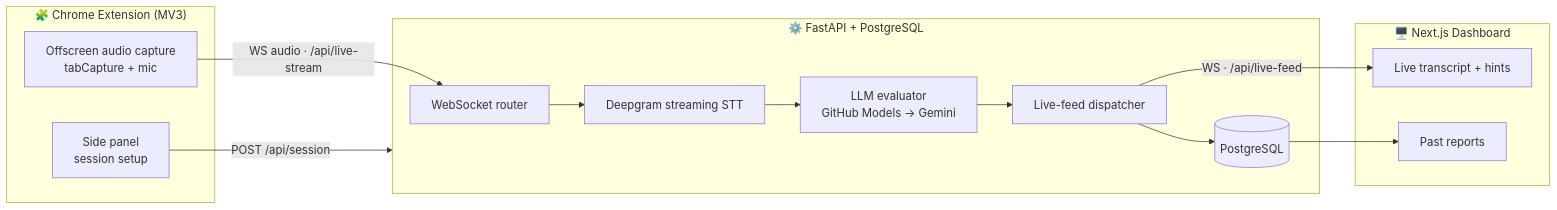
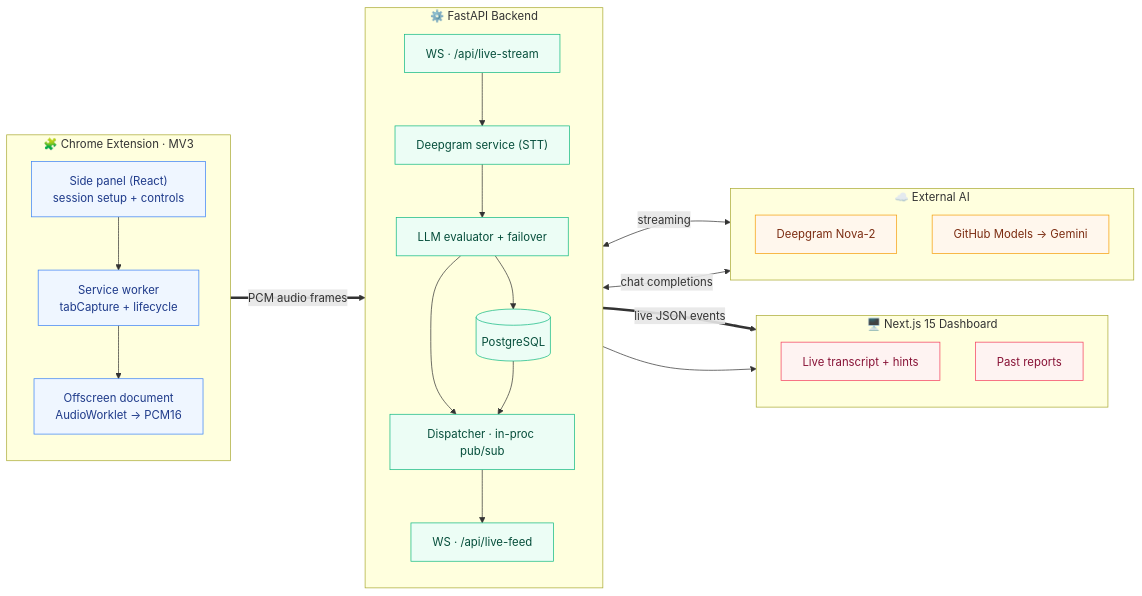
The first of 7 diagrams in README.md (robynsyngh/ai-interview-copilot), drawn with Mermaid before and after one commit. The commit also changed other lines of this file and 30 other files, not shown here.

First line of the commit message:
feat: revamp web UI, extension panel, and dev tooling

````diff
--- a/README.md
+++ b/README.md
@@ -103,24 +114,50 @@
 ```mermaid
 flowchart LR
-    subgraph Chrome["🧩 Chrome Extension (MV3)"]
-        P2["Side panel<br/>session setup"]
-        P1["Offscreen audio capture<br/>tabCapture + mic"]
-    end
-    subgraph API["⚙️ FastAPI + PostgreSQL"]
-        P3["WebSocket router"]
-        P4["Deepgram streaming STT"]
-        P5["LLM evaluator<br/>GitHub Models → Gemini"]
-        P6["Live-feed dispatcher"]
-        DB[("PostgreSQL")]
-    end
-    subgraph Web["🖥️ Next.js Dashboard"]
-        P8["Live transcript + hints"]
-        P7["Past reports"]
+    subgraph EXT["🧩 Chrome Extension · MV3"]
+        direction TB
+        sp["Side panel (React)<br/>session setup + controls"]
+        bg["Service worker<br/>tabCapture + lifecycle"]
+        off["Offscreen document<br/>AudioWorklet → PCM16"]
+        sp --> bg --> off
     end
 
-    P2 -->|POST /api/session| API
-    P1 -->|WS audio · /api/live-stream| P3 --> P4 --> P5
-    P5 --> P6 --> DB
-    P6 -->|WS · /api/live-feed| P8
-    DB --> P7
+    subgraph API["⚙️ FastAPI Backend"]
+        direction TB
+        wsin["WS · /api/live-stream"]
+        dgs["Deepgram service (STT)"]
+        ev["LLM evaluator + failover"]
+        dp["Dispatcher · in-proc pub/sub"]
+        wsout["WS · /api/live-feed"]
+        db[("PostgreSQL")]
+        wsin --> dgs --> ev --> dp --> wsout
+        ev --> db
+        db --> dp
+    end
+
+    subgraph WEB["🖥️ Next.js 15 Dashboard"]
+        direction TB
+        live["Live transcript + hints"]
+        rep["Past reports"]
+    end
+
+    subgraph CLOUD["☁️ External AI"]
+        direction TB
+        dg["Deepgram Nova-2"]
+        llm["GitHub Models → Gemini"]
+    end
+
+    off ==>|PCM audio frames| wsin
+    dgs <-->|streaming| dg
+    ev <-->|chat completions| llm
+    wsout ==>|live JSON events| live
+    db --> rep
+
+    classDef ext fill:#eff6ff,stroke:#3b82f6,color:#1e3a8a;
+    classDef api fill:#ecfdf5,stroke:#10b981,color:#064e3b;
+    classDef web fill:#fef3f2,stroke:#f43f5e,color:#881337;
+    classDef cloud fill:#fff7ed,stroke:#f59e0b,color:#7c2d12;
+    class sp,bg,off ext;
+    class wsin,dgs,ev,dp,wsout,db api;
+    class live,rep web;
+    class dg,llm cloud;
 ```
````
